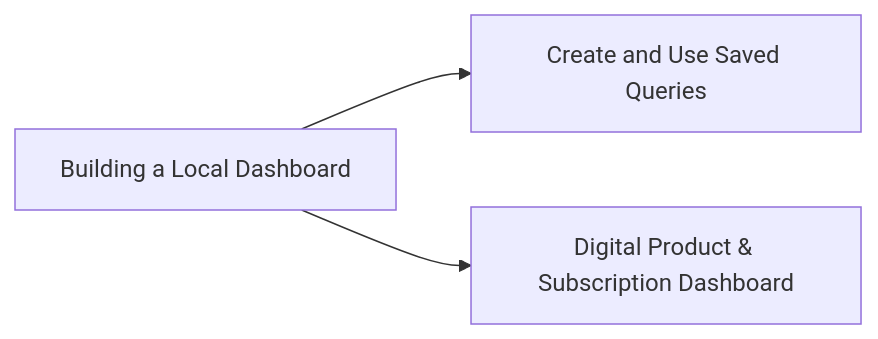
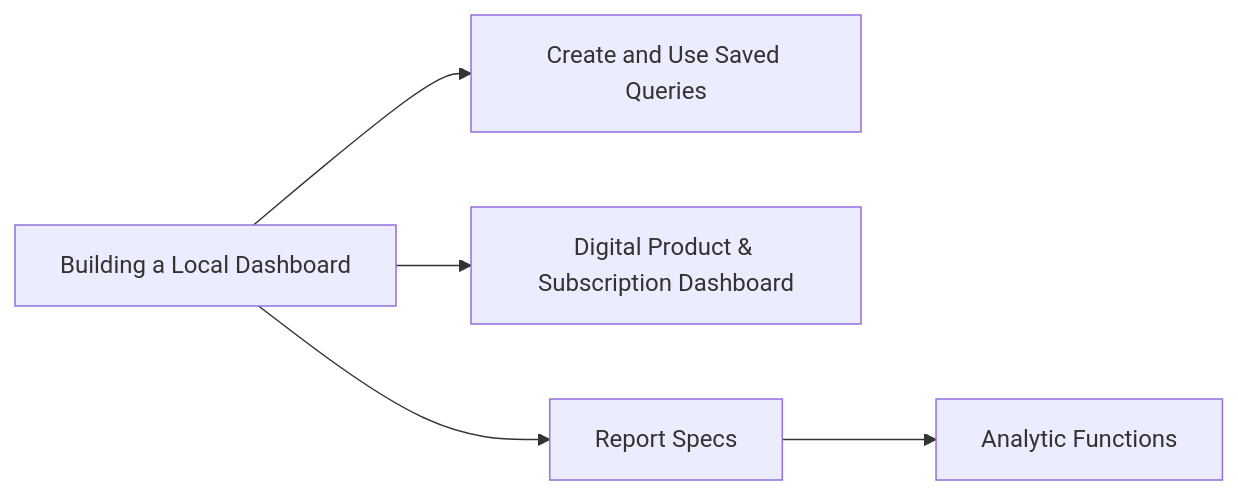
The diagram in portal-docs/tutorials/overview.md (odpi/egeria-workspaces), drawn with Mermaid before and after one commit. The commit also changed other lines of this file and 8 other files, not shown here.

````diff
--- a/portal-docs/tutorials/overview.md
+++ b/portal-docs/tutorials/overview.md
@@ -16,5 +18,7 @@
 ```mermaid
 flowchart LR
     A["Building a Local Dashboard"] --> B["Create and Use Saved Queries"]
     A --> C["Digital Product & Subscription Dashboard"]
+    A --> D["Report Specs"]
+    D --> E["Analytic Functions"]
 ```
````
